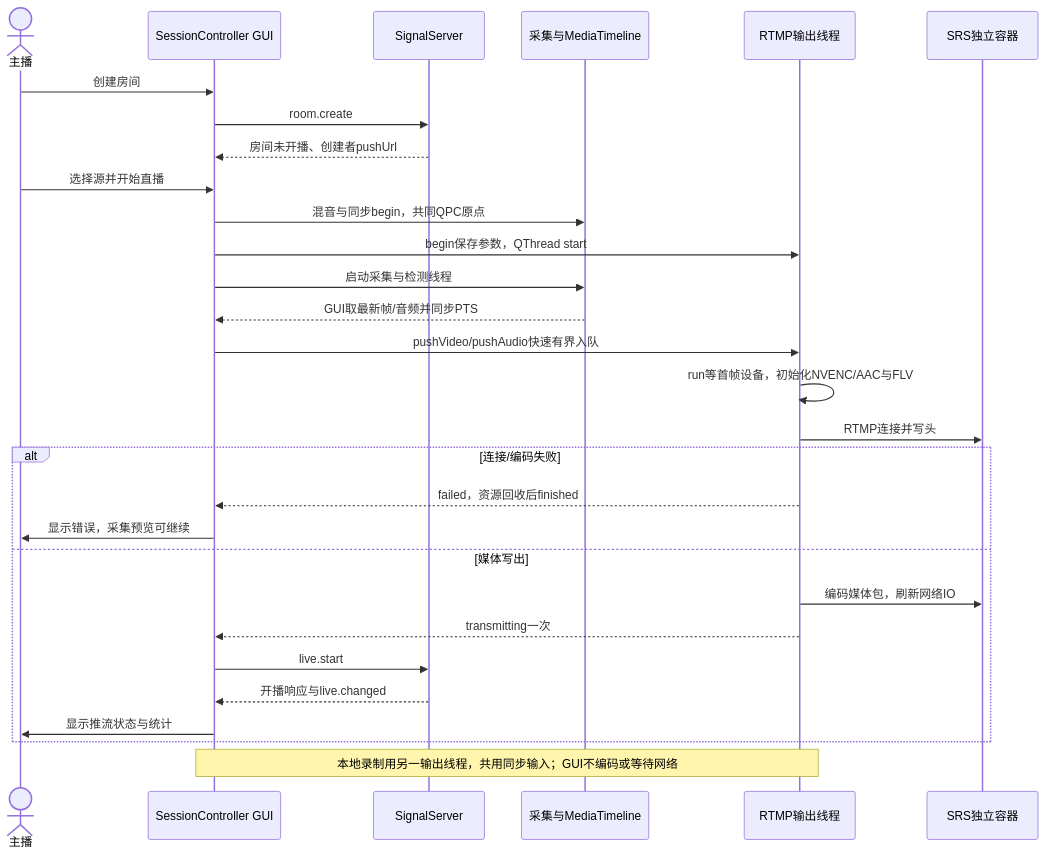
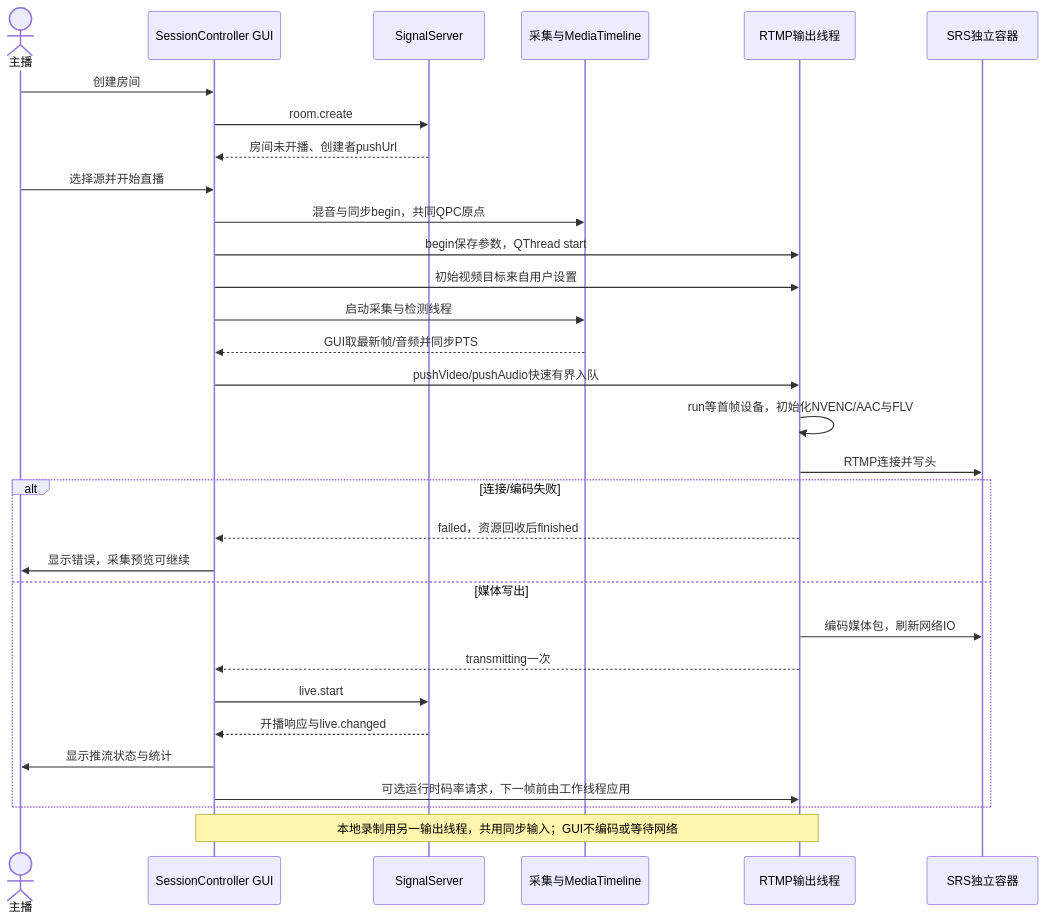
One commit to kingsman-svg/OBS changed the diagram in docs/uml/live-publish.mmd. Above: the diagram before and after it, drawn with Mermaid. The commit also changed 28 other files, not shown here.

```diff
--- a/docs/uml/live-publish.mmd
+++ b/docs/uml/live-publish.mmd
@@ -1,29 +1,31 @@
 sequenceDiagram
 actor U as 主播
 participant C as SessionController GUI
 participant S as SignalServer
 participant T as 采集与MediaTimeline
 participant P as RTMP输出线程
 participant R as SRS独立容器
 U->>C: 创建房间
 C->>S: room.create
 S-->>C: 房间未开播、创建者pushUrl
 U->>C: 选择源并开始直播
 C->>T: 混音与同步begin，共同QPC原点
 C->>P: begin保存参数，QThread start
+C->>P: 初始视频目标来自用户设置
 C->>T: 启动采集与检测线程
 T-->>C: GUI取最新帧/音频并同步PTS
 C->>P: pushVideo/pushAudio快速有界入队
 P->>P: run等首帧设备，初始化NVENC/AAC与FLV
 P->>R: RTMP连接并写头
 alt 连接/编码失败
 P-->>C: failed，资源回收后finished
 C->>U: 显示错误，采集预览可继续
 else 媒体写出
 P->>R: 编码媒体包，刷新网络IO
 P-->>C: transmitting一次
 C->>S: live.start
 S-->>C: 开播响应与live.changed
 C->>U: 显示推流状态与统计
+C->>P: 可选运行时码率请求，下一帧前由工作线程应用
 end
 Note over C,P: 本地录制用另一输出线程，共用同步输入；GUI不编码或等待网络
```
